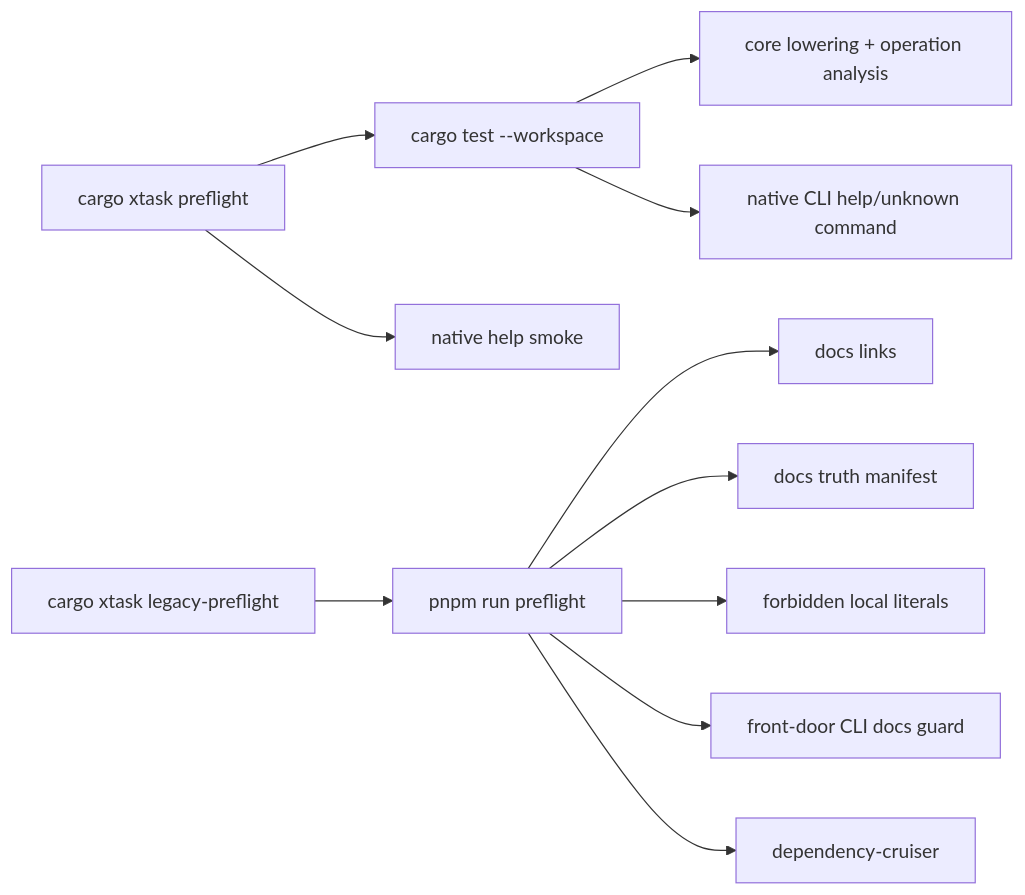
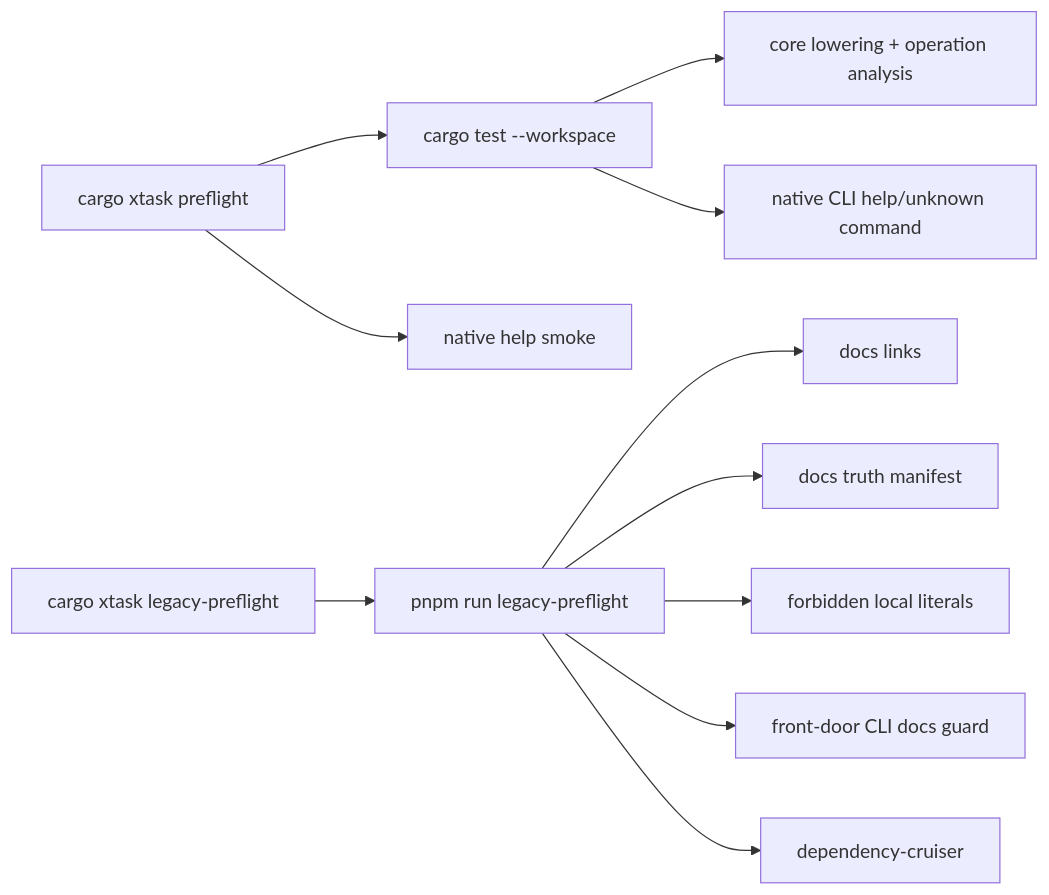
One commit to flyingrobots/wesley changed the ninth of 9 diagrams in docs/ARCHITECTURE.md. Above: the diagram before and after it, drawn with Mermaid. The commit also changed other lines of this file and 54 other files, not shown here.

````diff
--- a/docs/ARCHITECTURE.md
+++ b/docs/ARCHITECTURE.md
@@ -623,13 +626,13 @@
 ```mermaid
 flowchart LR
     RustTests[cargo test --workspace] --> CoreTests[core lowering + operation analysis]
     RustTests --> CliTests[native CLI help/unknown command]
     Preflight[cargo xtask preflight] --> RustTests
     Preflight --> NativeHelp[native help smoke]
-    Legacy[cargo xtask legacy-preflight] --> Pnpm[pnpm run preflight]
+    Legacy[cargo xtask legacy-preflight] --> Pnpm[pnpm run legacy-preflight]
     Pnpm --> Links[docs links]
     Pnpm --> DocsTruth[docs truth manifest]
     Pnpm --> Literals[forbidden local literals]
     Pnpm --> CliDocs[front-door CLI docs guard]
     Pnpm --> DepCruise[dependency-cruiser]
 ```
````
